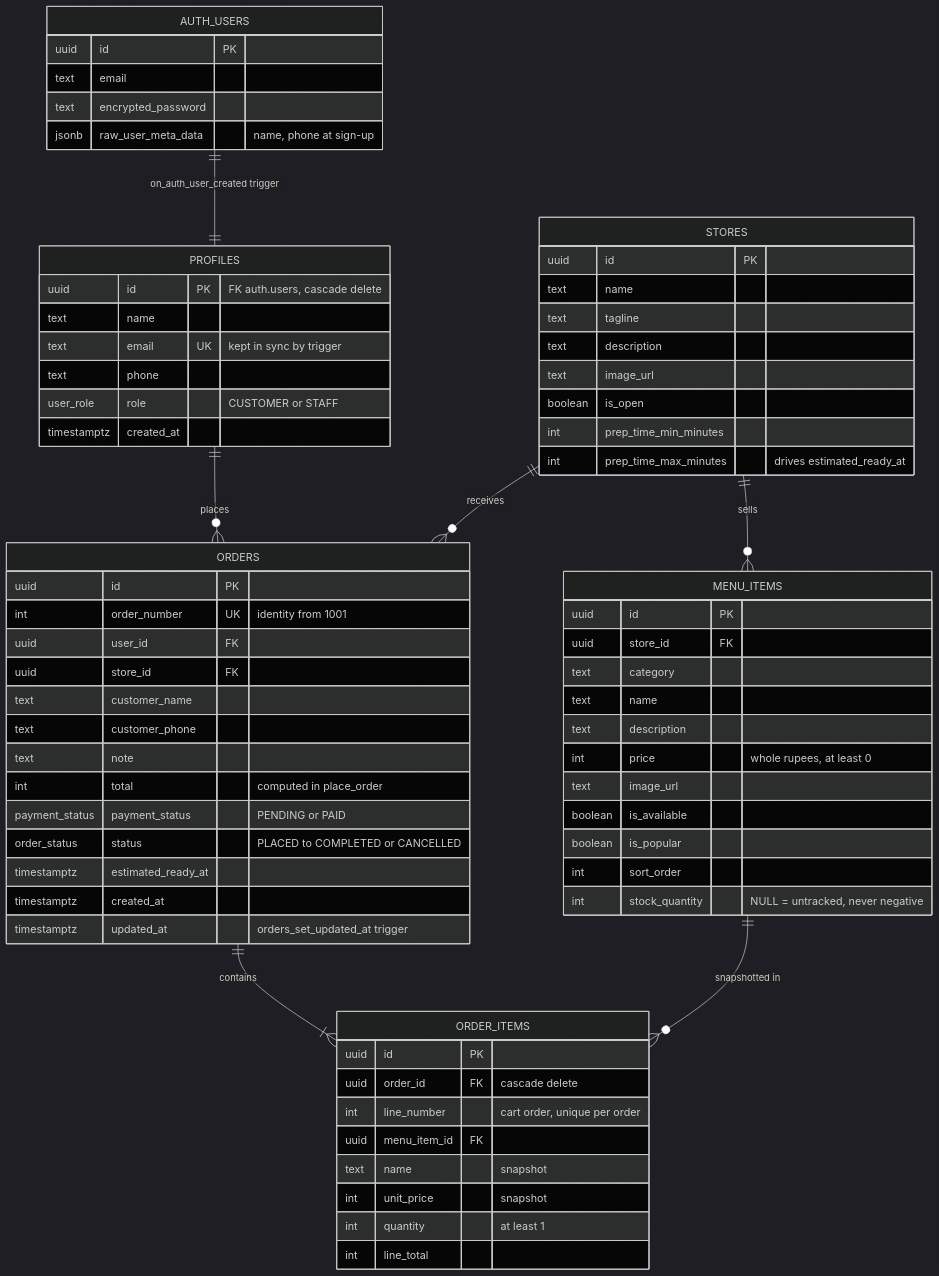
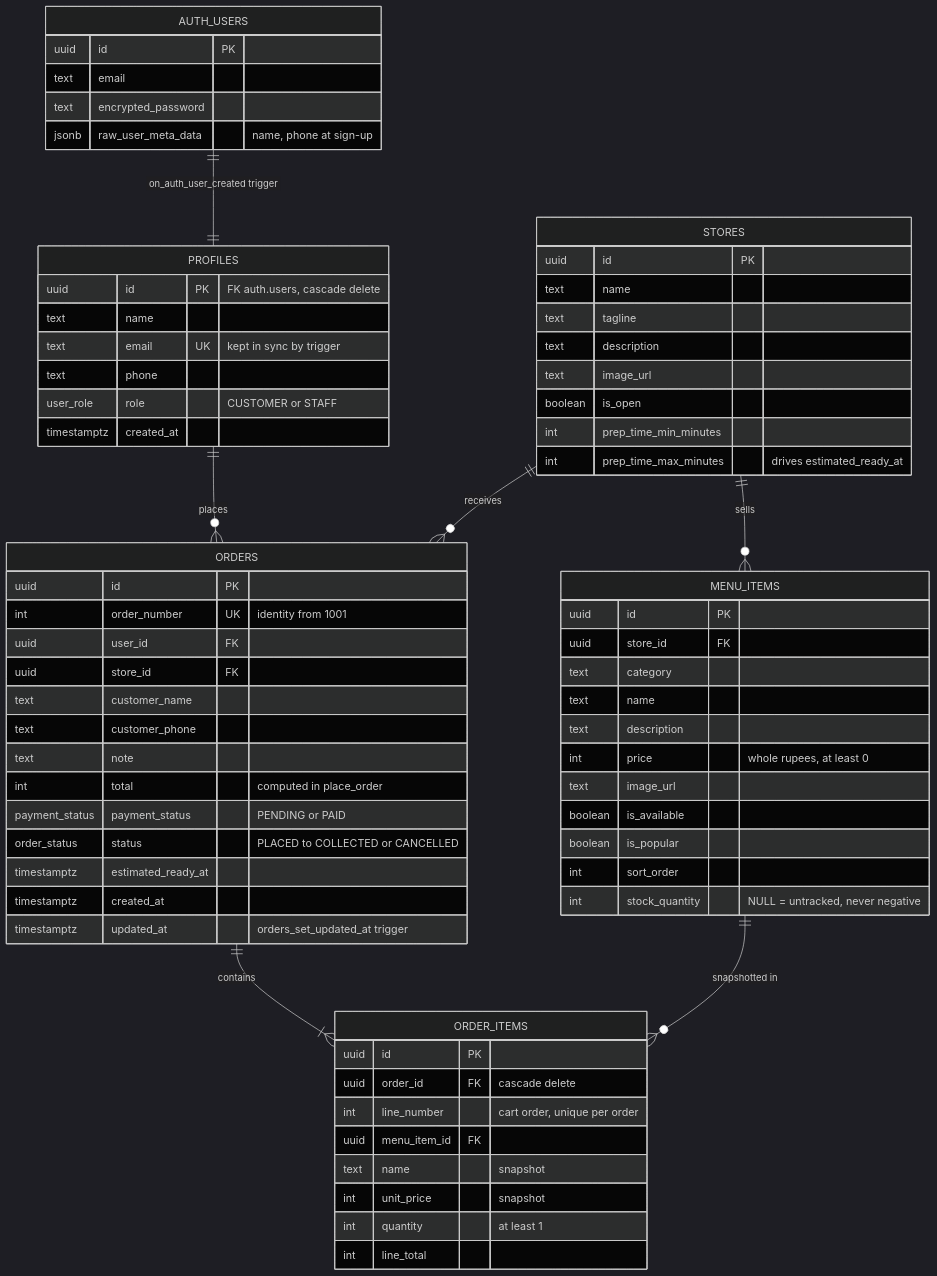
One commit to The-KhaNha/KhaNha changed diagram 27 of 27 in docs/ARCHITECTURE.md. Above: the diagram before and after it, drawn with Mermaid (dark theme). The commit also changed other lines of this file and 69 other files, not shown here.

````diff
--- a/docs/ARCHITECTURE.md
+++ b/docs/ARCHITECTURE.md
@@ -901,72 +918,72 @@
 ```mermaid
 erDiagram
   AUTH_USERS ||--|| PROFILES : "on_auth_user_created trigger"
   PROFILES ||--o{ ORDERS : places
   STORES ||--o{ MENU_ITEMS : sells
   STORES ||--o{ ORDERS : receives
   ORDERS ||--|{ ORDER_ITEMS : contains
   MENU_ITEMS ||--o{ ORDER_ITEMS : "snapshotted in"
 
   AUTH_USERS {
     uuid id PK
     text email
     text encrypted_password
     jsonb raw_user_meta_data "name, phone at sign-up"
   }
   PROFILES {
     uuid id PK "FK auth.users, cascade delete"
     text name
     text email UK "kept in sync by trigger"
     text phone
     user_role role "CUSTOMER or STAFF"
     timestamptz created_at
   }
   STORES {
     uuid id PK
     text name
     text tagline
     text description
     text image_url
     boolean is_open
     int prep_time_min_minutes
     int prep_time_max_minutes "drives estimated_ready_at"
   }
   MENU_ITEMS {
     uuid id PK
     uuid store_id FK
     text category
     text name
     text description
     int price "whole rupees, at least 0"
     text image_url
     boolean is_available
     boolean is_popular
     int sort_order
     int stock_quantity "NULL = untracked, never negative"
   }
   ORDERS {
     uuid id PK
     int order_number UK "identity from 1001"
     uuid user_id FK
     uuid store_id FK
     text customer_name
     text customer_phone
     text note
     int total "computed in place_order"
     payment_status payment_status "PENDING or PAID"
-    order_status status "PLACED to COMPLETED or CANCELLED"
+    order_status status "PLACED to COLLECTED or CANCELLED"
     timestamptz estimated_ready_at
     timestamptz created_at
     timestamptz updated_at "orders_set_updated_at trigger"
   }
   ORDER_ITEMS {
     uuid id PK
     uuid order_id FK "cascade delete"
     int line_number "cart order, unique per order"
     uuid menu_item_id FK
     text name "snapshot"
     int unit_price "snapshot"
     int quantity "at least 1"
     int line_total
   }
 ```
````
